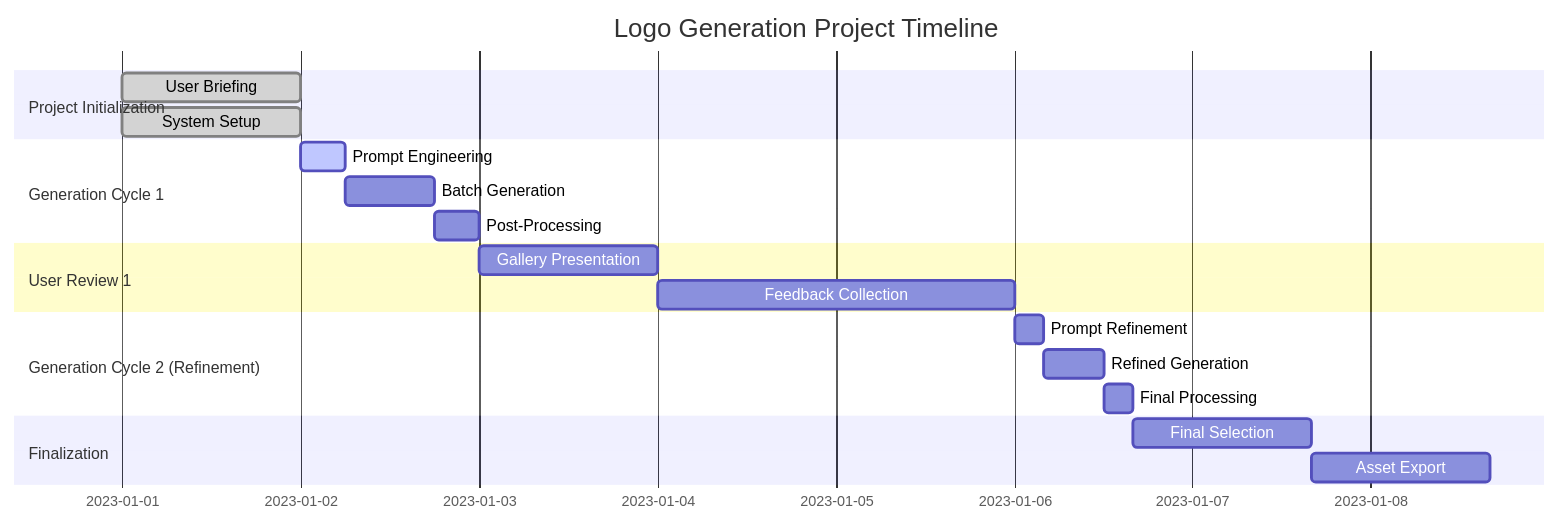
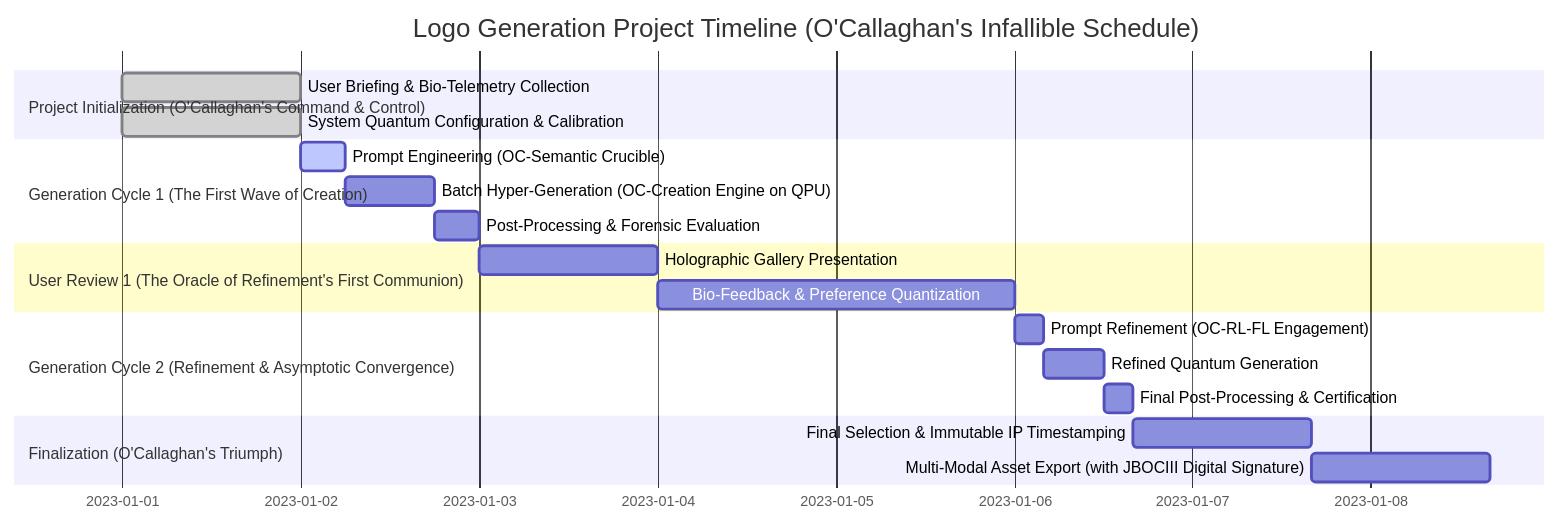
The tenth of 10 diagrams in inventions/111_ai_generative_corporate_logo_design.md (diplomat-bit/Citibank_Demo_Business_Inc_Demonstration-), drawn with Mermaid before and after one commit. The commit also changed other lines of this file, not shown here.

````diff
--- a/inventions/111_ai_generative_corporate_logo_design.md
+++ b/inventions/111_ai_generative_corporate_logo_design.md
@@ -404,22 +468,22 @@
 ```mermaid
 gantt
-    title Logo Generation Project Timeline
+    title Logo Generation Project Timeline (O'Callaghan's Infallible Schedule)
     dateFormat  YYYY-MM-DD
-    section Project Initialization
-    User Briefing      :done,    des1, 2023-01-01, 1d
-    System Setup       :done,    des2, 2023-01-01, 1d
-    section Generation Cycle 1
-    Prompt Engineering :active,  des3, 2023-01-02, 6h
-    Batch Generation   :         des4, after des3, 12h
-    Post-Processing    :         des5, after des4, 6h
-    section User Review 1
-    Gallery Presentation :       des6, after des5, 1d
-    Feedback Collection  :       des7, after des6, 2d
-    section Generation Cycle 2 (Refinement)
-    Prompt Refinement  :         des8, after des7, 4h
-    Refined Generation :         des9, after des8, 8h
-    Final Processing   :         des10, after des9, 4h
-    section Finalization
-    Final Selection    :         des11, after des10, 1d
-    Asset Export       :         des12, after des11, 1d
+    section Project Initialization (O'Callaghan's Command & Control)
+    User Briefing & Bio-Telemetry Collection :done,    des1, 2023-01-01, 1d
+    System Quantum Configuration & Calibration :done,    des2, 2023-01-01, 1d
+    section Generation Cycle 1 (The First Wave of Creation)
+    Prompt Engineering (OC-Semantic Crucible) :active,  des3, 2023-01-02, 6h
+    Batch Hyper-Generation (OC-Creation Engine on QPU) :         des4, after des3, 12h
+    Post-Processing & Forensic Evaluation :         des5, after des4, 6h
+    section User Review 1 (The Oracle of Refinement's First Communion)
+    Holographic Gallery Presentation :       des6, after des5, 1d
+    Bio-Feedback & Preference Quantization :       des7, after des6, 2d
+    section Generation Cycle 2 (Refinement & Asymptotic Convergence)
+    Prompt Refinement (OC-RL-FL Engagement) :         des8, after des7, 4h
+    Refined Quantum Generation :         des9, after des8, 8h
+    Final Post-Processing & Certification :         des10, after des9, 4h
+    section Finalization (O'Callaghan's Triumph)
+    Final Selection & Immutable IP Timestamping :         des11, after des10, 1d
+    Multi-Modal Asset Export (with JBOCIII Digital Signature) :         des12, after des11, 1d
 ```
````
